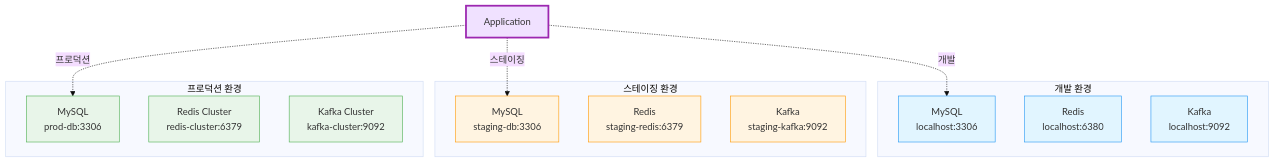
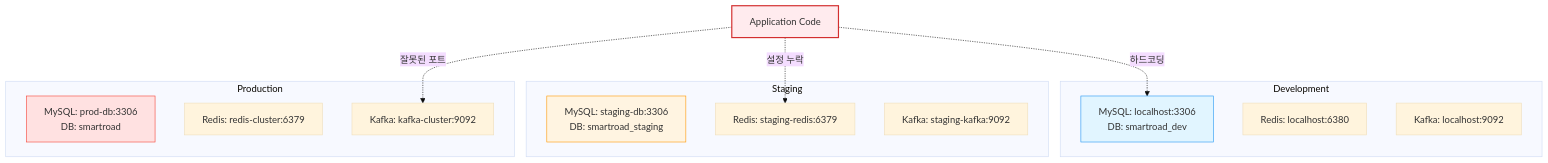
The third of 10 diagrams in TECHNICAL_CHALLENGES.md (1985jwlee/production-iot-backend), drawn with Mermaid (base theme) before and after one commit. The commit also changed other lines of this file and 1 other file, not shown here.

````diff
--- a/TECHNICAL_CHALLENGES.md
+++ b/TECHNICAL_CHALLENGES.md
@@ -204,37 +228,31 @@
 ```mermaid
 graph TB
-    subgraph "개발 환경"
-        DEV_MYSQL[MySQL<br/>localhost:3306]
-        DEV_REDIS[Redis<br/>localhost:6380]
-        DEV_KAFKA[Kafka<br/>localhost:9092]
+    subgraph "Development"
+        DEV_DB[MySQL: localhost:3306<br/>DB: smartroad_dev]
+        DEV_REDIS[Redis: localhost:6380]
+        DEV_KAFKA[Kafka: localhost:9092]
     end
     
-    subgraph "스테이징 환경"
-        STG_MYSQL[MySQL<br/>staging-db:3306]
-        STG_REDIS[Redis<br/>staging-redis:6379]
-        STG_KAFKA[Kafka<br/>staging-kafka:9092]
+    subgraph "Staging"
+        STG_DB[MySQL: staging-db:3306<br/>DB: smartroad_staging]
+        STG_REDIS[Redis: staging-redis:6379]
+        STG_KAFKA[Kafka: staging-kafka:9092]
     end
     
-    subgraph "프로덕션 환경"
-        PROD_MYSQL[MySQL<br/>prod-db:3306]
-        PROD_REDIS[Redis Cluster<br/>redis-cluster:6379]
-        PROD_KAFKA[Kafka Cluster<br/>kafka-cluster:9092]
+    subgraph "Production"
+        PROD_DB[MySQL: prod-db:3306<br/>DB: smartroad]
+        PROD_REDIS[Redis: redis-cluster:6379]
+        PROD_KAFKA[Kafka: kafka-cluster:9092]
     end
     
-    APP[Application]
+    CODE[Application Code]
     
-    APP -.->|개발| DEV_MYSQL
-    APP -.->|스테이징| STG_MYSQL
-    APP -.->|프로덕션| PROD_MYSQL
+    CODE -.->|하드코딩| DEV_DB
+    CODE -.->|설정 누락| STG_REDIS
+    CODE -.->|잘못된 포트| PROD_KAFKA
     
-    style APP fill:#f0e1ff,stroke:#9c27b0,stroke-width:3px
-    style DEV_MYSQL fill:#e1f5ff,stroke:#2196f3
-    style DEV_REDIS fill:#e1f5ff,stroke:#2196f3
-    style DEV_KAFKA fill:#e1f5ff,stroke:#2196f3
-    style STG_MYSQL fill:#fff4e1,stroke:#ff9800
-    style STG_REDIS fill:#fff4e1,stroke:#ff9800
-    style STG_KAFKA fill:#fff4e1,stroke:#ff9800
-    style PROD_MYSQL fill:#e8f5e9,stroke:#4caf50
-    style PROD_REDIS fill:#e8f5e9,stroke:#4caf50
-    style PROD_KAFKA fill:#e8f5e9,stroke:#4caf50
+    style CODE fill:#ffebee,stroke:#d32f2f,stroke-width:2px
+    style DEV_DB fill:#e1f5ff,stroke:#2196f3
+    style STG_DB fill:#fff4e1,stroke:#ff9800
+    style PROD_DB fill:#ffe1e1,stroke:#f44336
 ```
````
